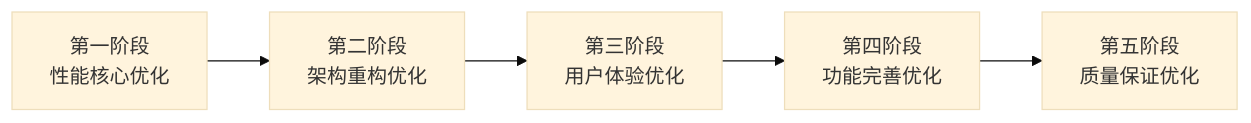
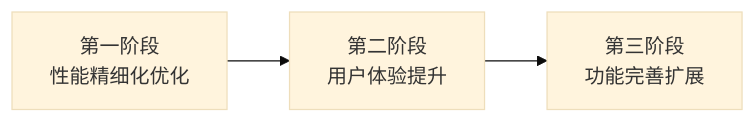
One commit to fenglimg/cocos-state-controller changed the diagram in README.md. Above: the diagram before and after it, drawn with Mermaid (base theme). The commit also changed other lines of this file and 5 other files, not shown here.

````diff
--- a/README.md
+++ b/README.md
@@ -37,7 +72,5 @@
 ```mermaid
 graph LR
-    A[第一阶段<br/>性能核心优化] --> B[第二阶段<br/>架构重构优化]
-    B --> C[第三阶段<br/>用户体验优化]
-    C --> D[第四阶段<br/>功能完善优化]
-    D --> E[第五阶段<br/>质量保证优化]
+    A[第一阶段<br/>性能精细化优化] --> B[第二阶段<br/>用户体验提升]
+    B --> C[第三阶段<br/>功能完善扩展]
 ```
````
